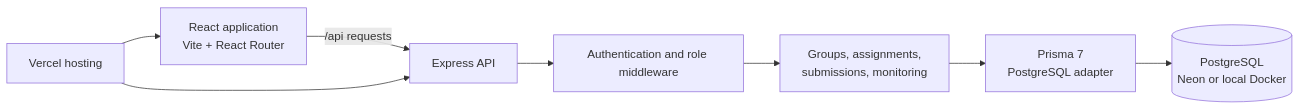
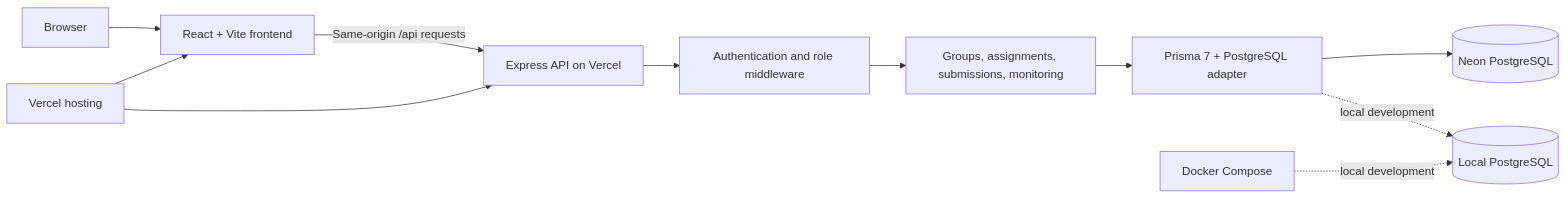
Before and after one commit to Shivraj098/JoinEazy-Task01: the diagram in README.md, drawn with Mermaid. The commit also changed other lines of this file, not shown here.

````diff
--- a/README.md
+++ b/README.md
@@ -51,10 +60,13 @@
 ```mermaid
 flowchart LR
-    Browser[React application<br/>Vite + React Router] -->|/api requests| API[Express API]
+    Browser[Browser] --> Frontend[React + Vite frontend]
+    Frontend -->|Same-origin /api requests| API[Express API on Vercel]
     API --> Auth[Authentication and role middleware]
-    Auth --> Modules[Groups, assignments,<br/>submissions, monitoring]
-    Modules --> Prisma[Prisma 7<br/>PostgreSQL adapter]
-    Prisma --> DB[(PostgreSQL<br/>Neon or local Docker)]
-    Vercel[Vercel hosting] --> Browser
+    Auth --> Modules[Groups, assignments, submissions, monitoring]
+    Modules --> Prisma[Prisma 7 + PostgreSQL adapter]
+    Prisma --> DB[(Neon PostgreSQL)]
+    Vercel[Vercel hosting] --> Frontend
     Vercel --> API
+    Docker[Docker Compose] -. local development .-> LocalDB[(Local PostgreSQL)]
+    Prisma -. local development .-> LocalDB
 ```
````
